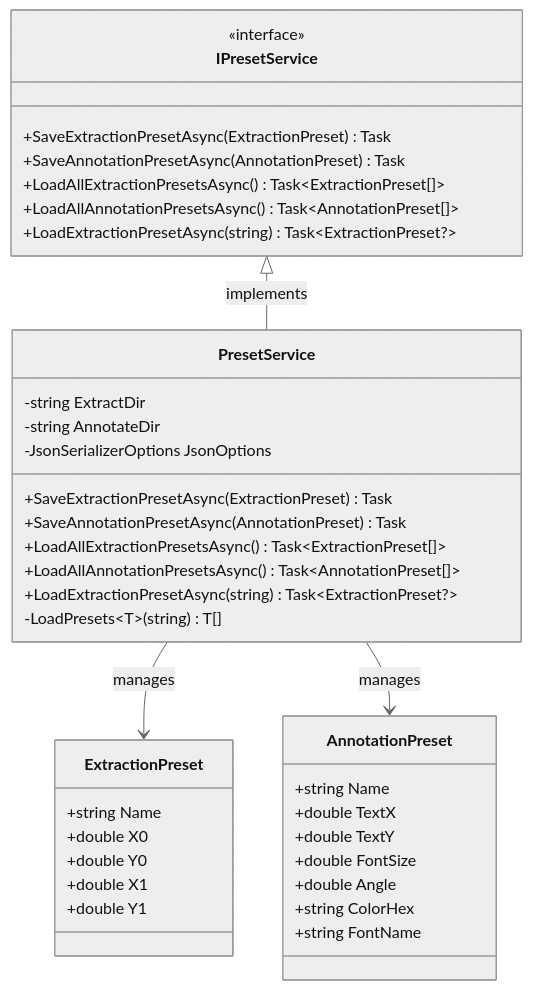
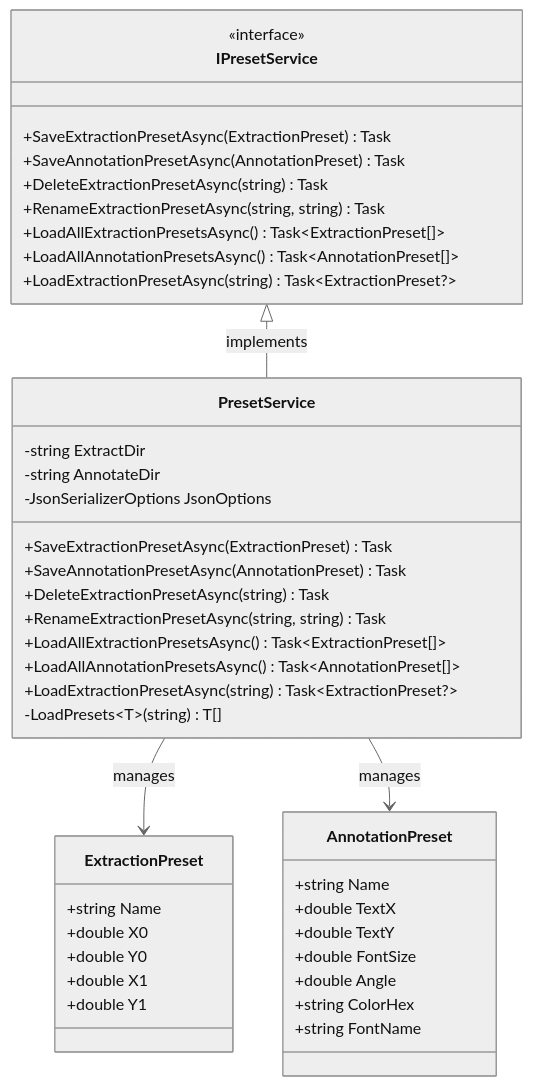
The first of 5 diagrams in .qoder/repowiki/en/content/Core Services/Preset Service.md (Kibnet/PDFAnnotator), drawn with Mermaid (neutral theme) before and after one commit. The commit also changed other lines of this file and 4 other files, not shown here.

````diff
--- a/.qoder/repowiki/en/content/Core Services/Preset Service.md
+++ b/.qoder/repowiki/en/content/Core Services/Preset Service.md
@@ -40,41 +51,45 @@
 ```mermaid
 classDiagram
 class IPresetService {
 <<interface>>
 +SaveExtractionPresetAsync(ExtractionPreset) Task
 +SaveAnnotationPresetAsync(AnnotationPreset) Task
++DeleteExtractionPresetAsync(string) Task
++RenameExtractionPresetAsync(string, string) Task
 +LoadAllExtractionPresetsAsync() Task~ExtractionPreset[]~
 +LoadAllAnnotationPresetsAsync() Task~AnnotationPreset[]~
 +LoadExtractionPresetAsync(string) Task~ExtractionPreset?~
 }
 class PresetService {
 -string ExtractDir
 -string AnnotateDir
 -JsonSerializerOptions JsonOptions
 +SaveExtractionPresetAsync(ExtractionPreset) Task
 +SaveAnnotationPresetAsync(AnnotationPreset) Task
++DeleteExtractionPresetAsync(string) Task
++RenameExtractionPresetAsync(string, string) Task
 +LoadAllExtractionPresetsAsync() Task~ExtractionPreset[]~
 +LoadAllAnnotationPresetsAsync() Task~AnnotationPreset[]~
 +LoadExtractionPresetAsync(string) Task~ExtractionPreset?~
 -LoadPresets~T~(string) T[]
 }
 class ExtractionPreset {
 +string Name
 +double X0
 +double Y0
 +double X1
 +double Y1
 }
 class AnnotationPreset {
 +string Name
 +double TextX
 +double TextY
 +double FontSize
 +double Angle
 +string ColorHex
 +string FontName
 }
 IPresetService <|-- PresetService : implements
 PresetService --> ExtractionPreset : manages
 PresetService --> AnnotationPreset : manages
 ```
````
